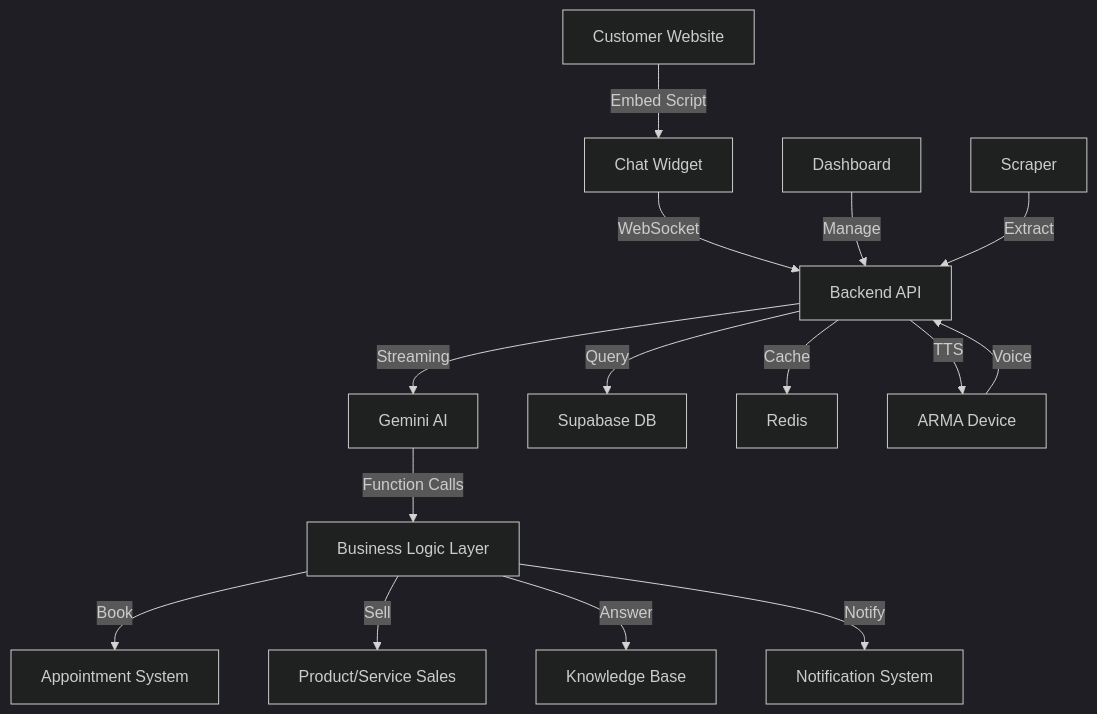
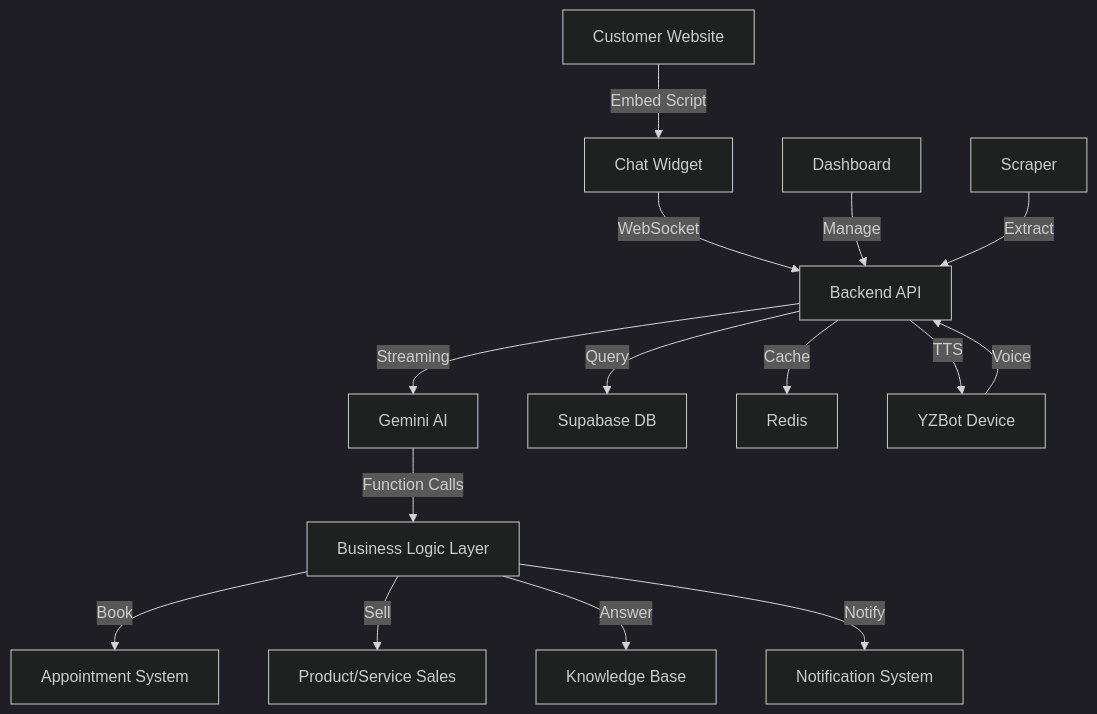
Before and after one commit to rehberim360/yapay-zeka-chatbot: the diagram in README.md, drawn with Mermaid (dark theme). The commit also changed other lines of this file and 14 other files, not shown here.

First line of the commit message:
rebrand: ARMA  YZBot - Complete ecosystem transformation

````diff
--- a/README.md
+++ b/README.md
@@ -120,17 +120,17 @@
 ```mermaid
 graph TB
     A[Customer Website] -->|Embed Script| B[Chat Widget]
     B -->|WebSocket| C[Backend API]
     C -->|Streaming| D[Gemini AI]
     C -->|Query| E[Supabase DB]
     C -->|Cache| F[Redis]
     G[Dashboard] -->|Manage| C
     H[Scraper] -->|Extract| C
     D -->|Function Calls| I[Business Logic Layer]
     I -->|Book| J[Appointment System]
     I -->|Sell| K[Product/Service Sales]
     I -->|Answer| L[Knowledge Base]
     I -->|Notify| M[Notification System]
-    N[ARMA Device] -->|Voice| C
+    N[YZBot Device] -->|Voice| C
     C -->|TTS| N
 ```
````
